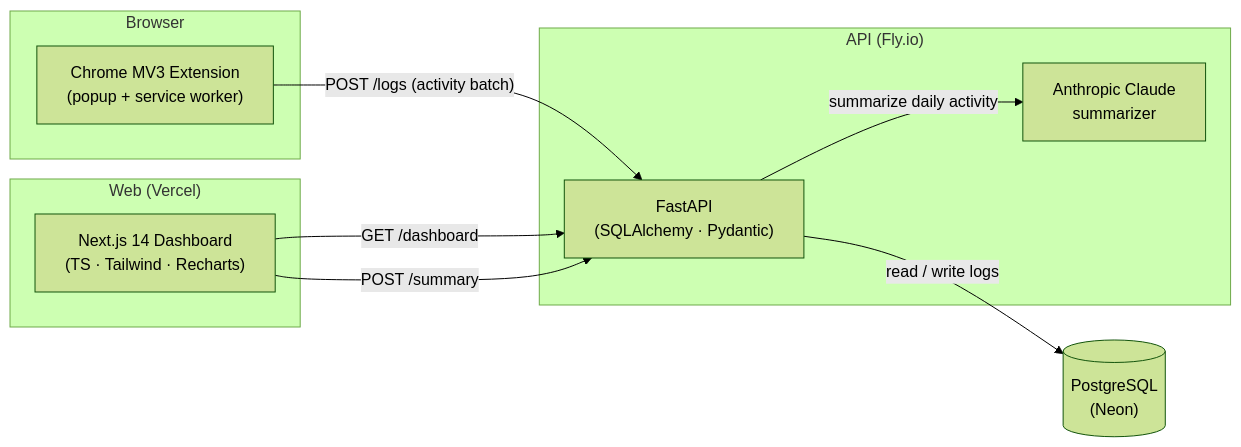
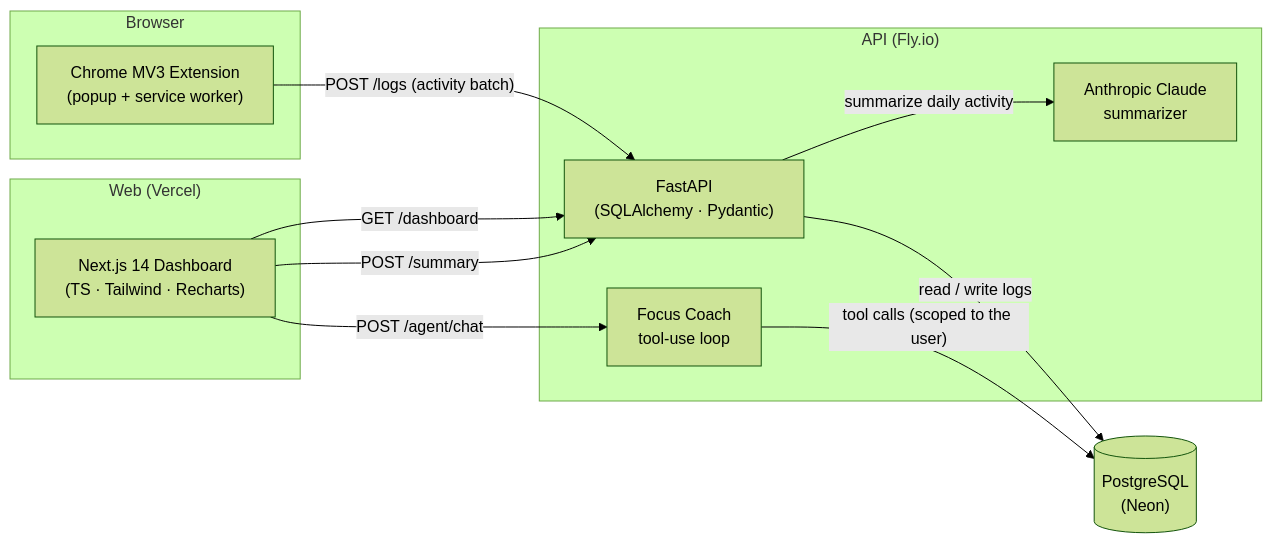
Before and after one commit to srinivasthomala/focusforge: the first of 2 diagrams in README.md, drawn with Mermaid (forest theme). The commit also changed other lines of this file and 4 other files, not shown here.

Commit message:
docs: document the Focus Coach agent; dark scrollbars

````diff
--- a/README.md
+++ b/README.md
@@ -49,20 +58,23 @@
 ```mermaid
 flowchart LR
     subgraph Browser
       EXT["Chrome MV3 Extension<br/>(popup + service worker)"]
     end
     subgraph "Web (Vercel)"
       WEB["Next.js 14 Dashboard<br/>(TS · Tailwind · Recharts)"]
     end
     subgraph "API (Fly.io)"
       API["FastAPI<br/>(SQLAlchemy · Pydantic)"]
       AI["Anthropic Claude<br/>summarizer"]
+      AGENT["Focus Coach<br/>tool-use loop"]
     end
     DB[("PostgreSQL<br/>(Neon)")]
 
     EXT -- "POST /logs (activity batch)" --> API
     WEB -- "GET /dashboard" --> API
     WEB -- "POST /summary" --> API
     API -- "read / write logs" --> DB
     API -- "summarize daily activity" --> AI
+    WEB -- "POST /agent/chat" --> AGENT
+    AGENT -- "tool calls (scoped to the user)" --> DB
 ```
````
